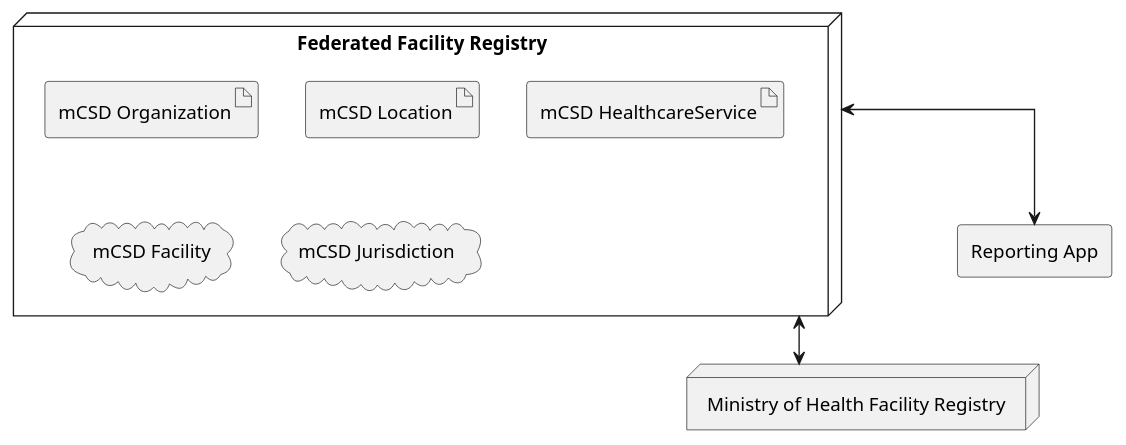
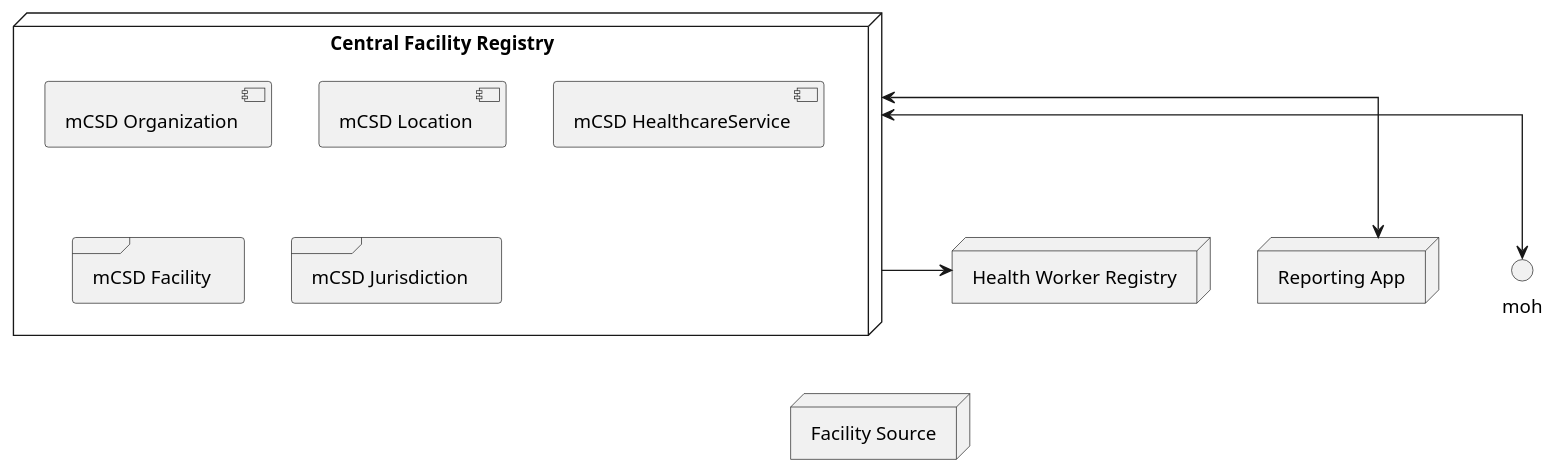
The sixth of 6 diagrams in mCSD-Whitepaper.plantuml (IHE/mCSD-Whitepaper), drawn with PlantUML before and after one commit. The commit also changed other lines of this file and 11 other files, not shown here.

Commit message:
Added back in use cases at the top and updated the facility section to reflect this change.  HWR and ILR still need to be updated.  Also updated diagrams for those.

```diff
--- a/mCSD-Whitepaper.plantuml
+++ b/mCSD-Whitepaper.plantuml
@@ -162,24 +132,28 @@
-@startuml donor-registry
+@startuml federated-facility-services
+skinparam componentStyle uml2
 skinparam linetype ortho
 top to bottom direction
 
-node registry as "Federated Facility Registry" {
-  artifact forg as "mCSD Organization"
-  artifact floc as "mCSD Location"
-  artifact service as "mCSD HealthcareService"
-  cloud "mCSD Facility"
-  cloud "mCSD Jurisdiction"
+node registry as "Central Facility Registry" {
+  component forg as "mCSD Organization"
+  component floc as "mCSD Location"
+  component service as "mCSD HealthcareService"
+  frame "mCSD Facility"
+  frame "mCSD Jurisdiction"
 }
 
-node moh as "Ministry of Health Facility Registry"
+node source as "Facility Source"
 
-rectangle app as "Reporting App"
+node hwr as "Health Worker Registry"
+
+node app as "Reporting App"
 
 
-registry -[hidden]--> moh
+registry -[hidden]--> source
 registry -[hidden]-> app
 
 registry <--> moh 
+registry --> hwr 
 registry <--> app 
 
 @enduml
```
